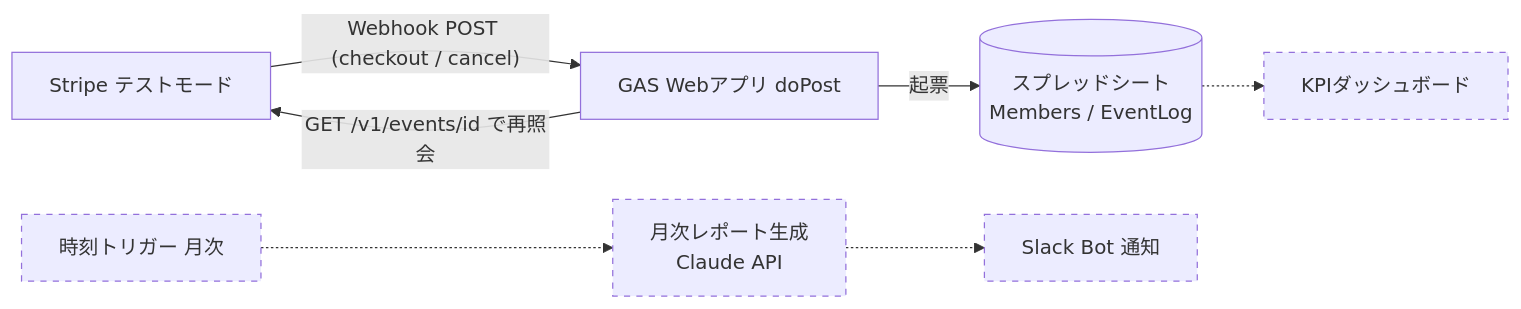
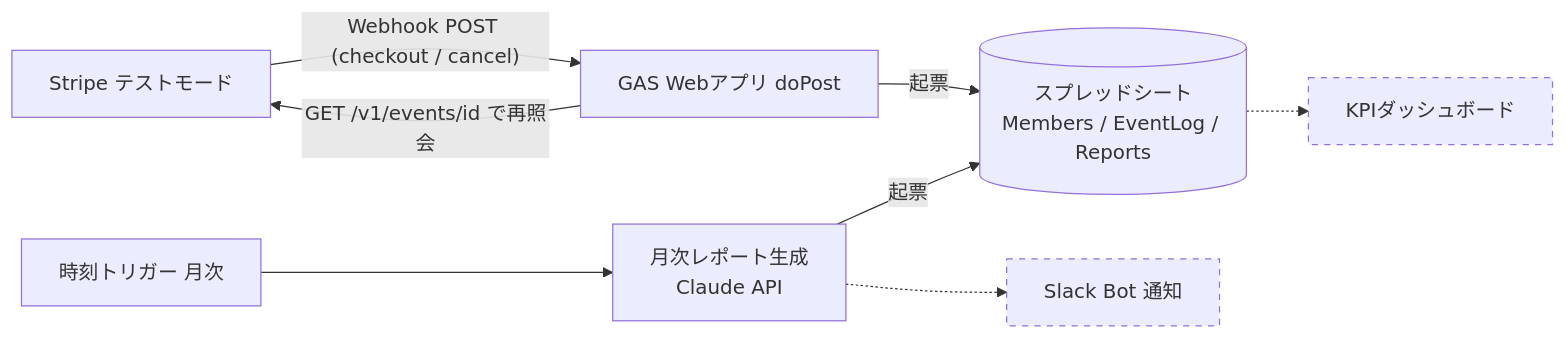
Before and after one commit to aomizuki0307/gas-membership-kit: the diagram in README.md, drawn with Mermaid. The commit also changed other lines of this file and 2 other files, not shown here.

First line of the commit message:
docs: feature 2 test evidence + README section (flow, cost, schema, pitfalls)

````diff
--- a/README.md
+++ b/README.md
@@ -23,13 +23,12 @@
 ```mermaid
 graph LR
     Stripe[Stripe テストモード] -- "Webhook POST (checkout / cancel)" --> GAS[GAS Webアプリ doPost]
     GAS -- "GET /v1/events/id で再照会" --> Stripe
-    GAS -- 起票 --> Sheet[(スプレッドシート<br>Members / EventLog)]
-    Trigger[時刻トリガー 月次] -.-> Report[月次レポート生成<br>Claude API]
+    GAS -- 起票 --> Sheet[(スプレッドシート<br>Members / EventLog / Reports)]
+    Trigger[時刻トリガー 月次] --> Report[月次レポート生成<br>Claude API]
+    Report -- 起票 --> Sheet
     Report -.-> Slack[Slack Bot 通知]
     Sheet -.-> KPI[KPIダッシュボード]
-    style Report stroke-dasharray: 5 5
     style Slack stroke-dasharray: 5 5
     style KPI stroke-dasharray: 5 5
-    style Trigger stroke-dasharray: 5 5
 ```
````
